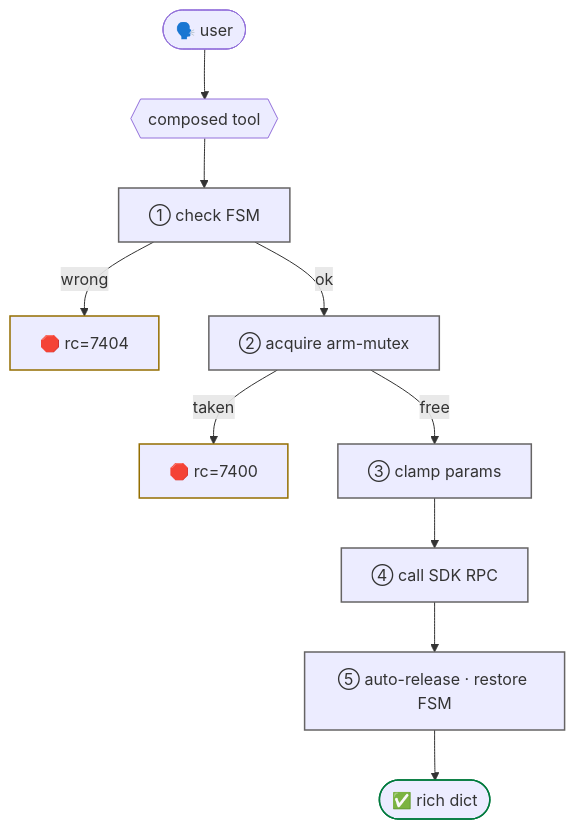
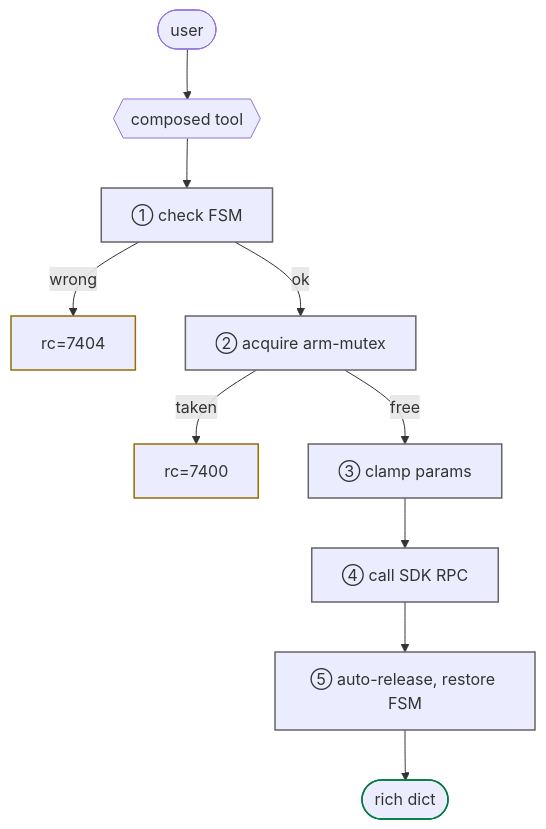
One commit to cagataycali/neon-the-g1 changed the diagram in docs/tools/composed.md. Above: the diagram before and after it, drawn with Mermaid. The commit also changed other lines of this file and 22 other files, not shown here.

````diff
--- a/docs/tools/composed.md
+++ b/docs/tools/composed.md
@@ -29,18 +29,18 @@
 ```mermaid
 flowchart TD
-  U(["🗣️ user"]) --> A{{"composed tool"}}
+  U(["user"]) --> A{{"composed tool"}}
   A --> B["① check FSM"]
-  B -->|"wrong"| X["🛑 rc=7404"]
+  B -->|"wrong"| X["rc=7404"]
   B -->|"ok"| C["② acquire arm-mutex"]
-  C -->|"taken"| Y["🛑 rc=7400"]
+  C -->|"taken"| Y["rc=7400"]
   C -->|"free"| D["③ clamp params"]
   D --> E["④ call SDK RPC"]
-  E --> F["⑤ auto-release · restore FSM"]
-  F --> G(["✅ rich dict"])
+  E --> F["⑤ auto-release, restore FSM"]
+  F --> G(["rich dict"])
   classDef step stroke:#666464,stroke-width:1.5px
   classDef refuse stroke:#946e00,stroke-width:1.5px
   classDef ok stroke:#007a3d,stroke-width:1.5px
   class B,C,D,E,F step
   class X,Y refuse
   class G ok
 ```
````
